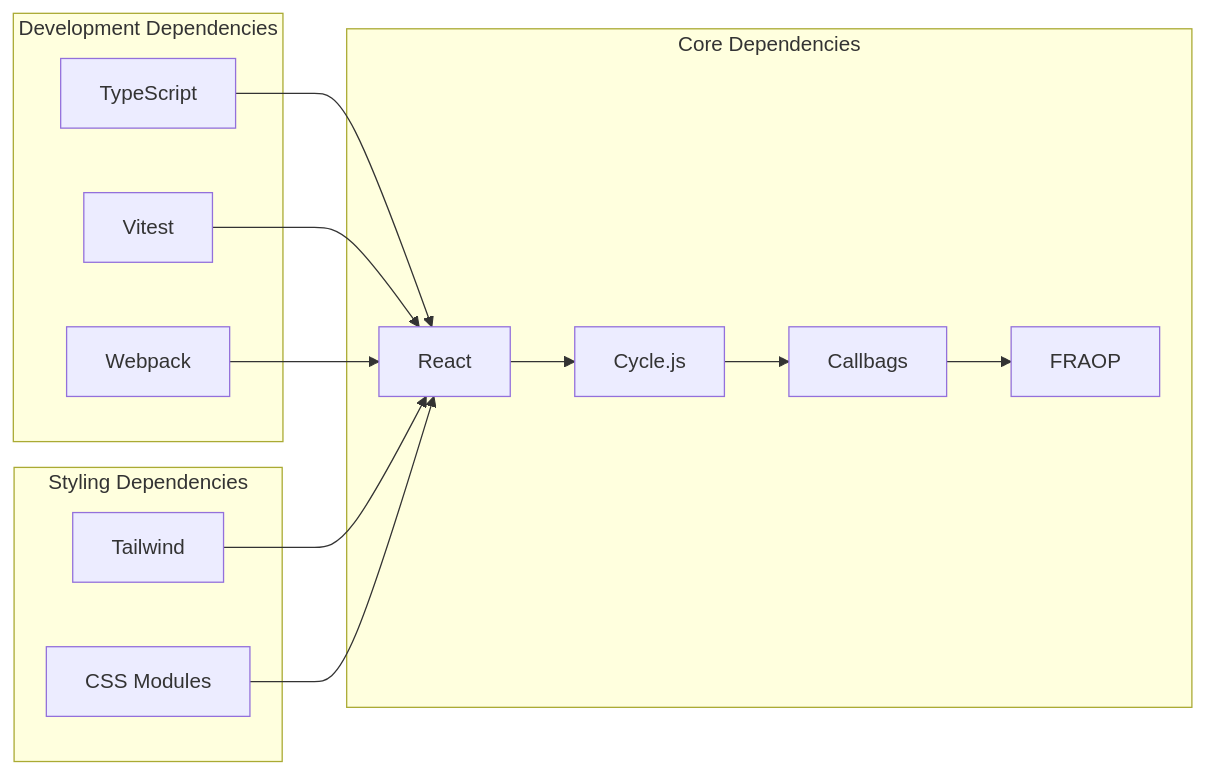
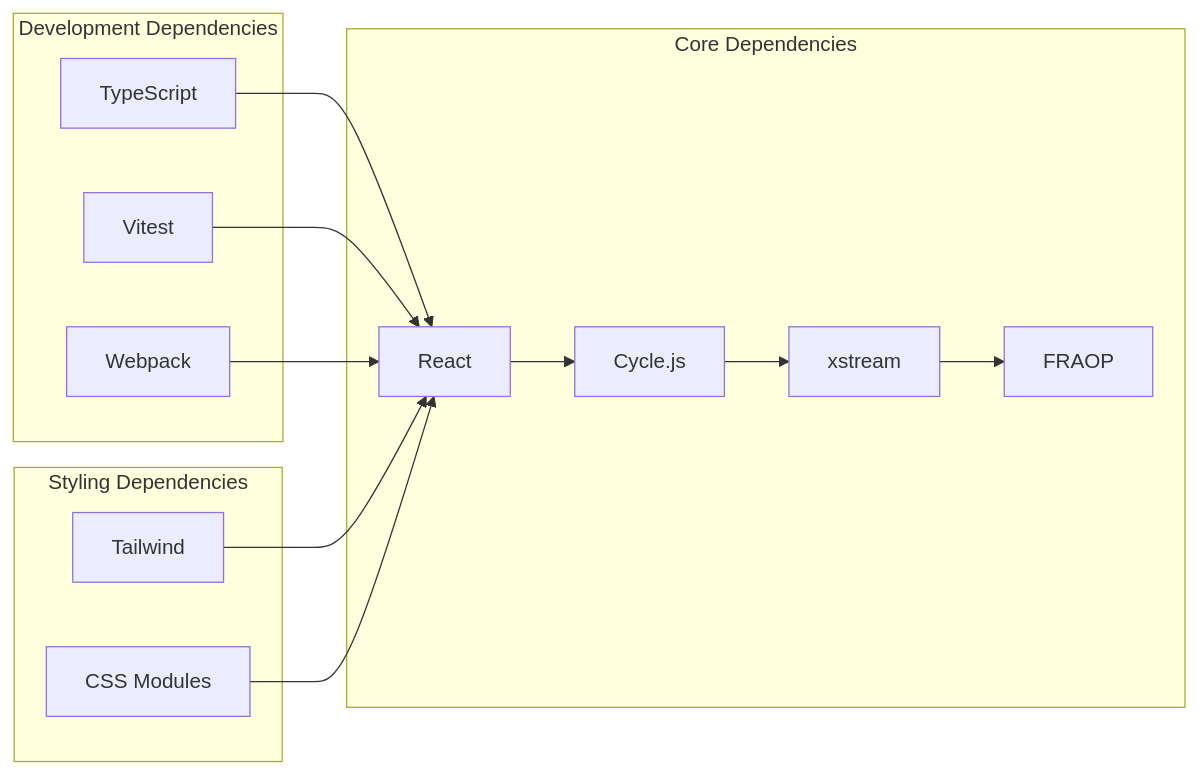
Before and after one commit to SpinbitZ/SpinbitZ: the third of 8 diagrams in site-rebuild/docs/tech-stack.md, drawn with Mermaid. The commit also changed other lines of this file and 12 other files, not shown here.

Commit message:
docs: migrate all documentation and rules from callbags to xstream\n\n- Updated all architecture, tech stack, and implementation docs to reference xstream instead of callbags\n- Updated Cursor rules for xstream\n- Updated TTDD and FRAOP analysis\n- Updated PRD and implementation plan accordingly

````diff
--- a/site-rebuild/docs/tech-stack.md
+++ b/site-rebuild/docs/tech-stack.md
@@ -70,19 +70,19 @@
 ```mermaid
 graph LR
     subgraph "Core Dependencies"
         A[React] --> B[Cycle.js]
-        B --> C[Callbags]
+        B --> C[xstream]
         C --> D[FRAOP]
     end
     
     subgraph "Development Dependencies"
         E[TypeScript] --> A
         F[Vitest] --> A
         G[Webpack] --> A
     end
     
     subgraph "Styling Dependencies"
         H[Tailwind] --> A
         I[CSS Modules] --> A
     end
 ```
````
